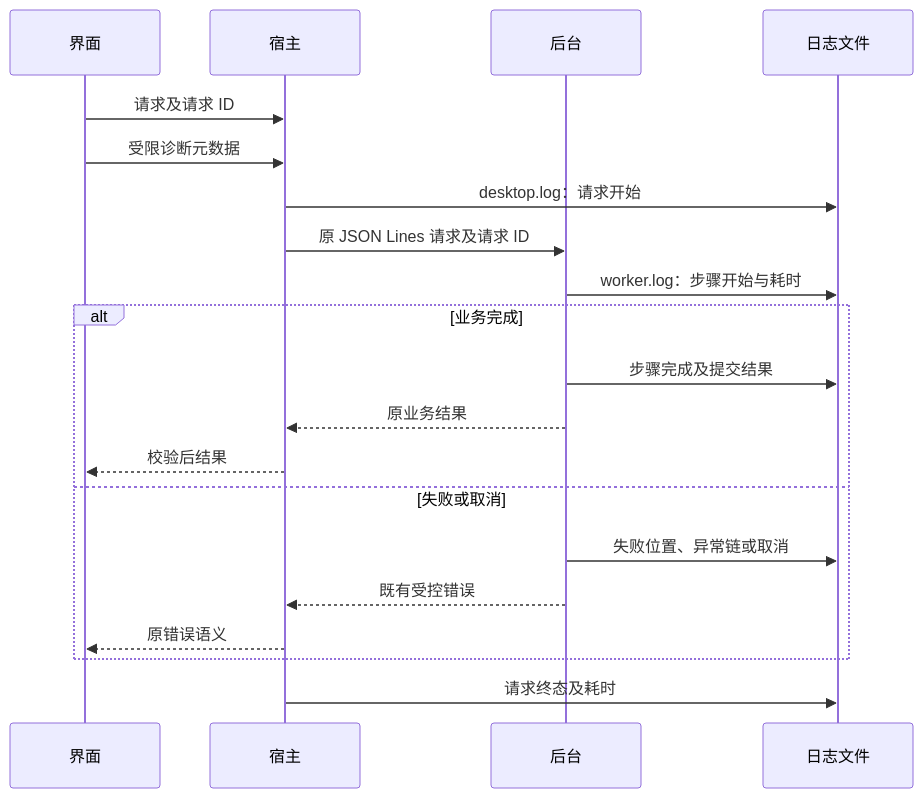
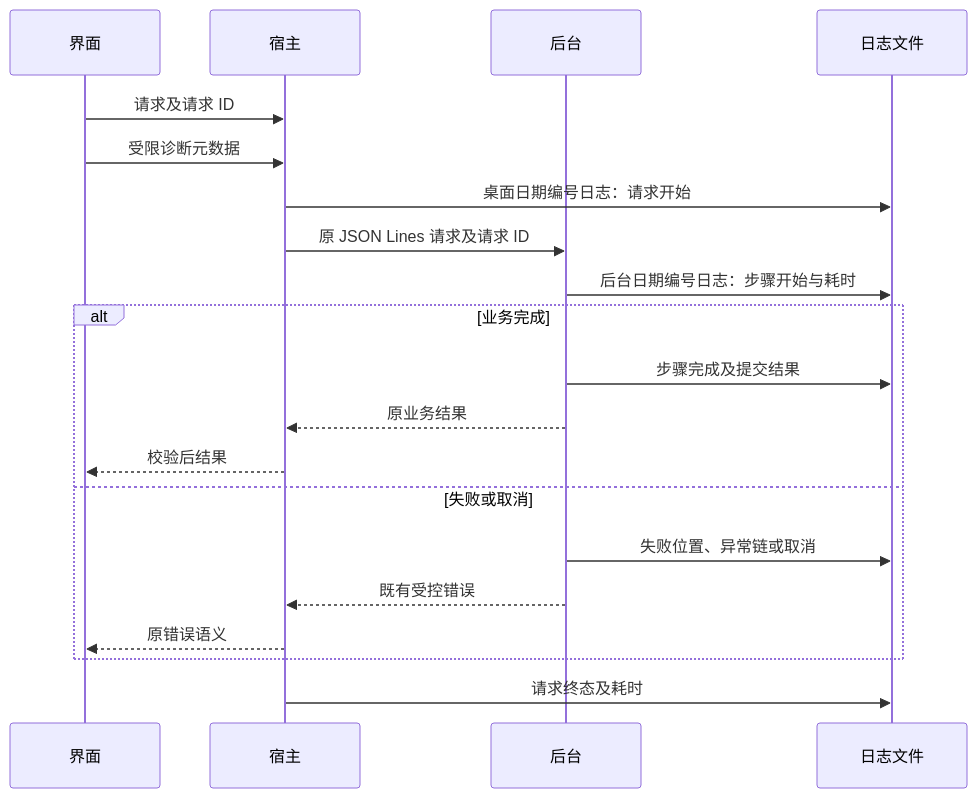
The first of 2 diagrams in docs/确认页/工程规范/日志与问题排查.md (20050404yxc-collab/KnowledgeBase), drawn with Mermaid before and after one commit. The commit also changed other lines of this file and 18 other files, not shown here.

````diff
--- a/docs/确认页/工程规范/日志与问题排查.md
+++ b/docs/确认页/工程规范/日志与问题排查.md
@@ -34,22 +34,22 @@
 ```mermaid
 sequenceDiagram
     participant 界面
     participant 宿主
     participant 后台
     participant 日志文件
     界面->>宿主: 请求及请求 ID
     界面->>宿主: 受限诊断元数据
-    宿主->>日志文件: desktop.log：请求开始
+    宿主->>日志文件: 桌面日期编号日志：请求开始
     宿主->>后台: 原 JSON Lines 请求及请求 ID
-    后台->>日志文件: worker.log：步骤开始与耗时
+    后台->>日志文件: 后台日期编号日志：步骤开始与耗时
     alt 业务完成
         后台->>日志文件: 步骤完成及提交结果
         后台-->>宿主: 原业务结果
         宿主-->>界面: 校验后结果
     else 失败或取消
         后台->>日志文件: 失败位置、异常链或取消
         后台-->>宿主: 既有受控错误
         宿主-->>界面: 原错误语义
     end
     宿主->>日志文件: 请求终态及耗时
 ```
````
